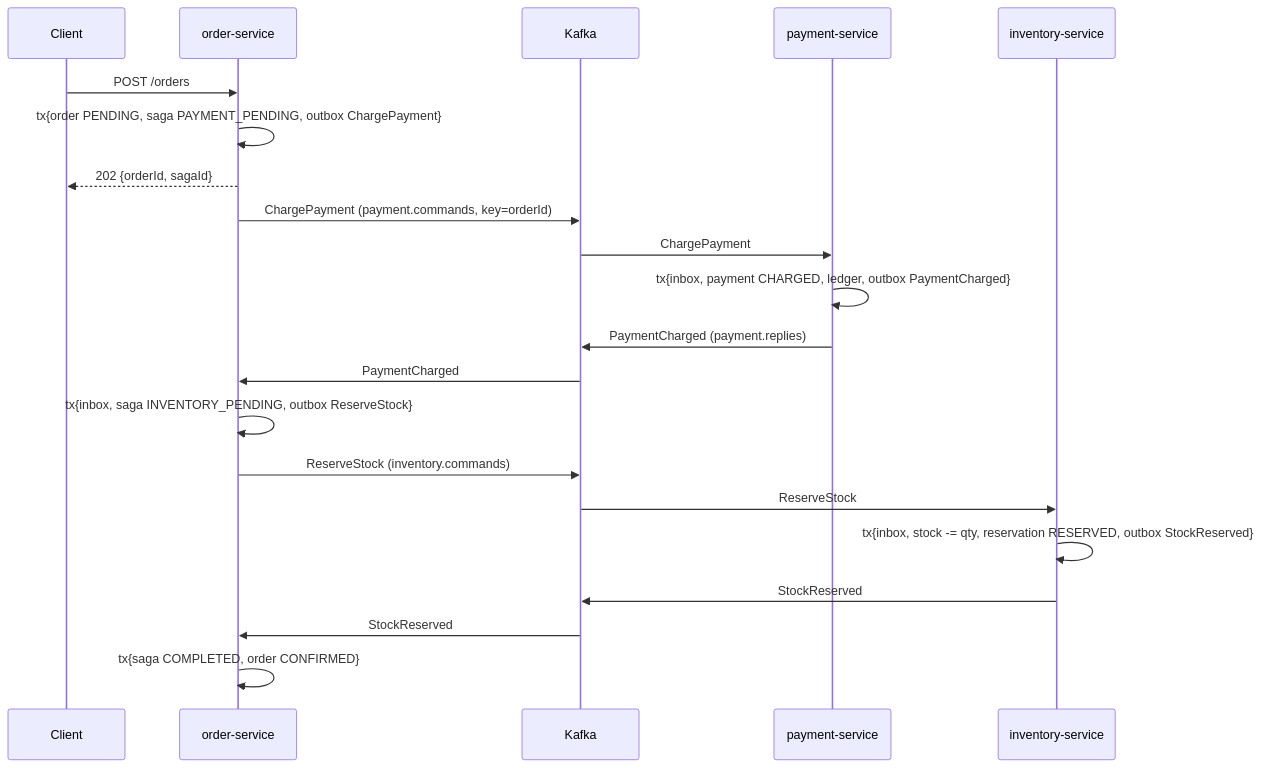
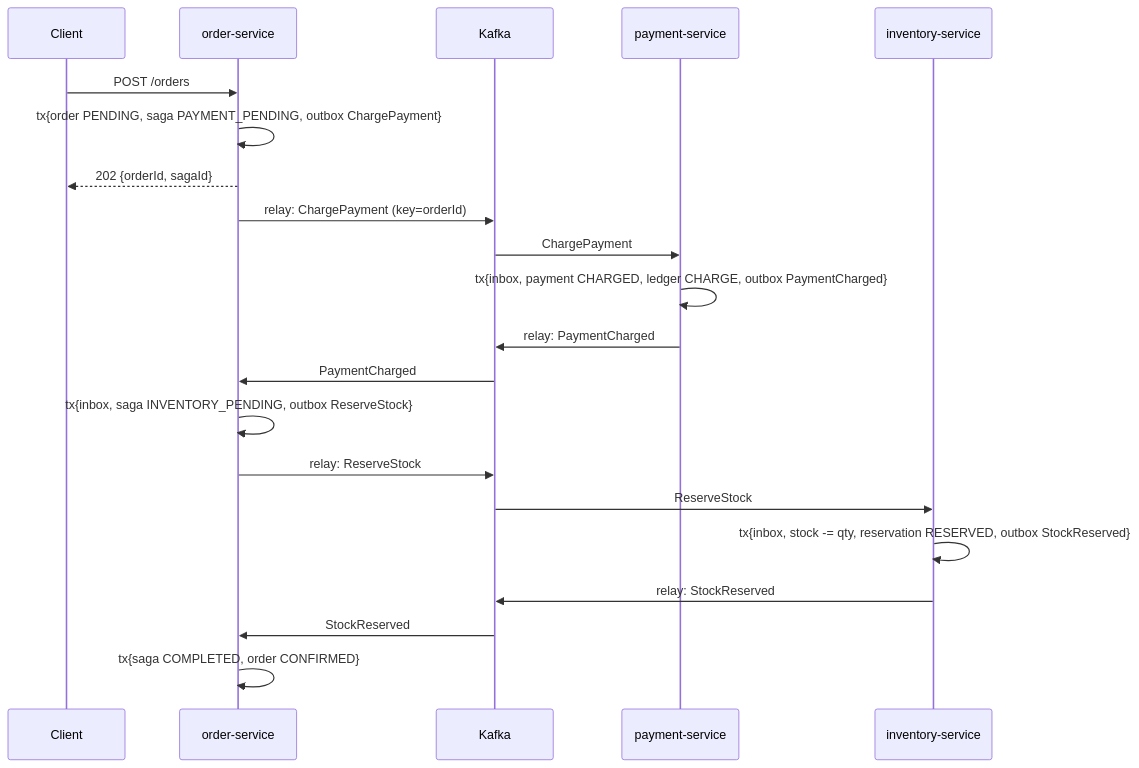
Before and after one commit to prasoonbalara29/sagaverse: the second of 4 diagrams in README.md, drawn with Mermaid. The commit also changed other lines of this file and 13 other files, not shown here.

````diff
--- a/README.md
+++ b/README.md
@@ -50,23 +87,23 @@
 ```mermaid
 sequenceDiagram
   participant C as Client
   participant O as order-service
   participant K as Kafka
   participant P as payment-service
   participant I as inventory-service
   C->>O: POST /orders
   O->>O: tx{order PENDING, saga PAYMENT_PENDING, outbox ChargePayment}
   O-->>C: 202 {orderId, sagaId}
-  O->>K: ChargePayment (payment.commands, key=orderId)
+  O->>K: relay: ChargePayment (key=orderId)
   K->>P: ChargePayment
-  P->>P: tx{inbox, payment CHARGED, ledger, outbox PaymentCharged}
-  P->>K: PaymentCharged (payment.replies)
+  P->>P: tx{inbox, payment CHARGED, ledger CHARGE, outbox PaymentCharged}
+  P->>K: relay: PaymentCharged
   K->>O: PaymentCharged
   O->>O: tx{inbox, saga INVENTORY_PENDING, outbox ReserveStock}
-  O->>K: ReserveStock (inventory.commands)
+  O->>K: relay: ReserveStock
   K->>I: ReserveStock
   I->>I: tx{inbox, stock -= qty, reservation RESERVED, outbox StockReserved}
-  I->>K: StockReserved
+  I->>K: relay: StockReserved
   K->>O: StockReserved
   O->>O: tx{saga COMPLETED, order CONFIRMED}
 ```
````
